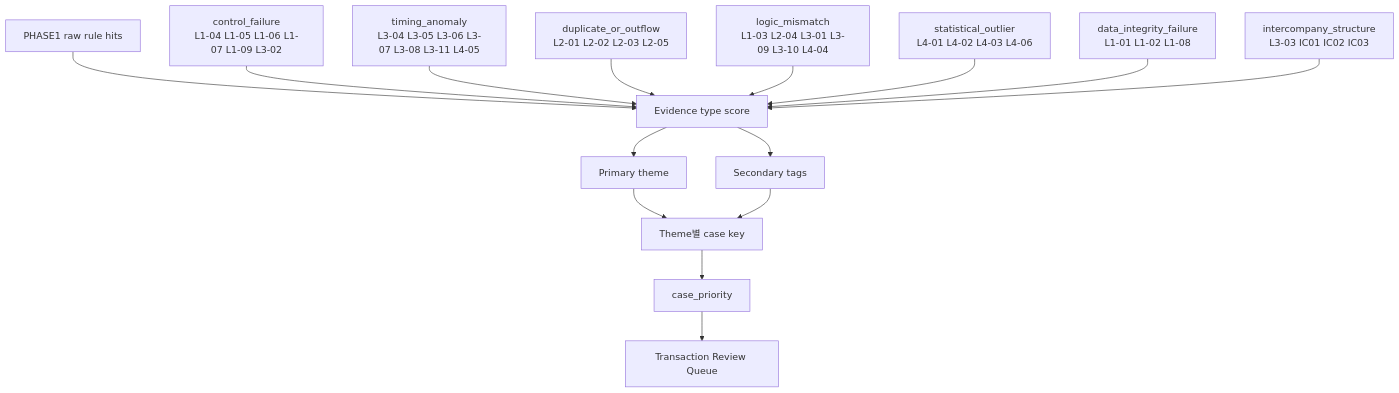
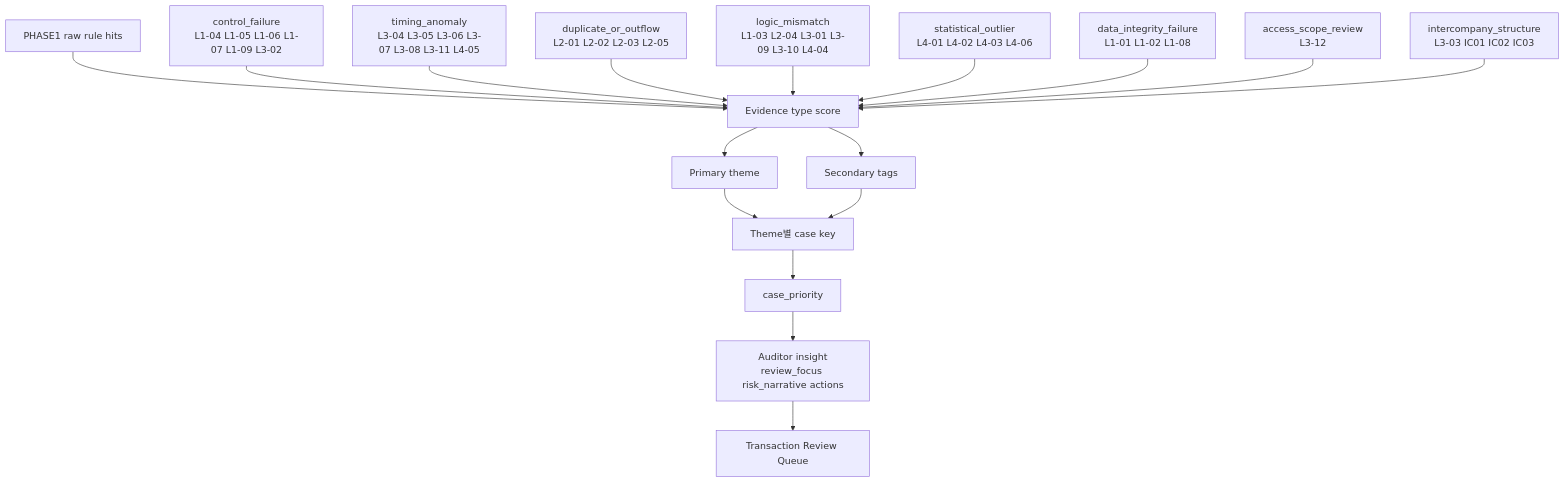
Before and after one commit to ghdtjrgns321-creator/local-ai-journal-assist: the first of 2 diagrams in docs/PHASE1_RULE_RELATIONSHIP_MAP.md, drawn with Mermaid. The commit also changed other lines of this file and 33 other files, not shown here.

First line of the commit message:
docs: Phase1 룰베이스·DataSynth 패치 워크플로우·탐지 레퍼런스 문서 최신화

````diff
--- a/docs/PHASE1_RULE_RELATIONSHIP_MAP.md
+++ b/docs/PHASE1_RULE_RELATIONSHIP_MAP.md
@@ -40,18 +56,20 @@
 ```mermaid
 flowchart TB
     Rules["PHASE1 raw rule hits"] --> Evidence["Evidence type score"]
     Evidence --> Primary["Primary theme"]
     Evidence --> Secondary["Secondary tags"]
     Primary --> CaseKey["Theme별 case key"]
     Secondary --> CaseKey
     CaseKey --> Priority["case_priority"]
-    Priority --> Queue["Transaction Review Queue"]
+    Priority --> Insight["Auditor insight<br/>review_focus risk_narrative actions"]
+    Insight --> Queue["Transaction Review Queue"]
 
     CF["control_failure<br/>L1-04 L1-05 L1-06 L1-07 L1-09 L3-02"] --> Evidence
     TM["timing_anomaly<br/>L3-04 L3-05 L3-06 L3-07 L3-08 L3-11 L4-05"] --> Evidence
     DO["duplicate_or_outflow<br/>L2-01 L2-02 L2-03 L2-05"] --> Evidence
     LM["logic_mismatch<br/>L1-03 L2-04 L3-01 L3-09 L3-10 L4-04"] --> Evidence
     SO["statistical_outlier<br/>L4-01 L4-02 L4-03 L4-06"] --> Evidence
     DI["data_integrity_failure<br/>L1-01 L1-02 L1-08"] --> Evidence
+    AS["access_scope_review<br/>L3-12"] --> Evidence
     IC["intercompany_structure<br/>L3-03 IC01 IC02 IC03"] --> Evidence
 ```
````
